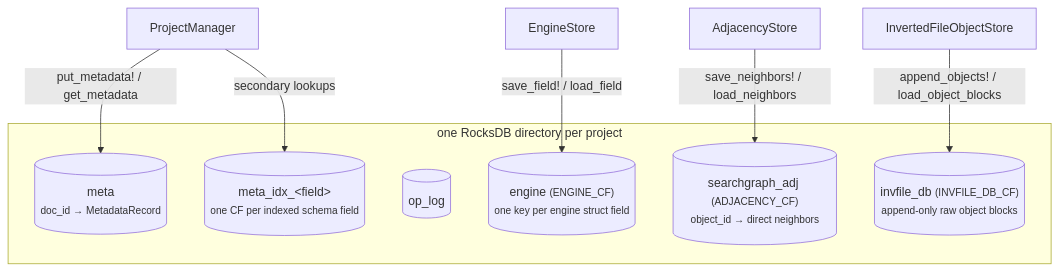
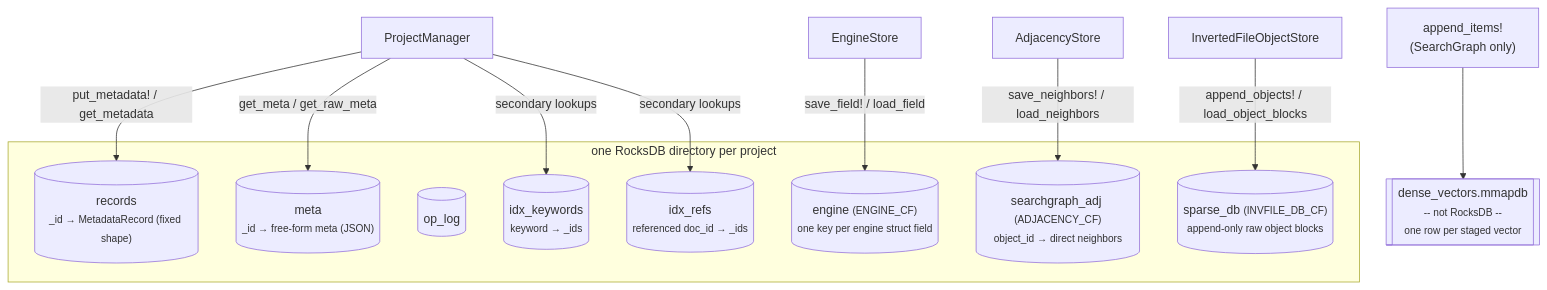
Before and after one commit to sadit/SimilaritySearchEngine.jl: the fifth of 8 diagrams in manual/architecture.qmd, drawn with Mermaid. The commit also changed other lines of this file and 12 other files, not shown here.

````diff
--- a/manual/architecture.qmd
+++ b/manual/architecture.qmd
@@ -193,17 +231,23 @@
 ```{mermaid}
 flowchart TB
     subgraph db["one RocksDB directory per project"]
-        meta[("meta<br/><small>doc_id → MetadataRecord</small>")]
-        secidx[("meta_idx_&lt;field&gt;<br/><small>one CF per indexed schema field</small>")]
+        records[("records<br/><small>_id → MetadataRecord (fixed shape)</small>")]
+        meta[("meta<br/><small>_id → free-form meta (JSON)</small>")]
         oplog[("op_log")]
+        idxkw[("idx_keywords<br/><small>keyword → _ids</small>")]
+        idxrefs[("idx_refs<br/><small>referenced doc_id → _ids</small>")]
         engine[("engine <small>(ENGINE_CF)</small><br/><small>one key per engine struct field</small>")]
         adj[("searchgraph_adj <small>(ADJACENCY_CF)</small><br/><small>object_id → direct neighbors</small>")]
-        invdb[("invfile_db <small>(INVFILE_DB_CF)</small><br/><small>append-only raw object blocks</small>")]
+        sparsedb[("sparse_db <small>(INVFILE_DB_CF)</small><br/><small>append-only raw object blocks</small>")]
     end
+    mmapfile[["dense_vectors.mmapdb<br/><small>-- not RocksDB --<br/>one row per staged vector</small>"]]
 
-    ProjectManager -- "put_metadata! / get_metadata" --> meta
-    ProjectManager -- "secondary lookups" --> secidx
+    ProjectManager -- "put_metadata! / get_metadata" --> records
+    ProjectManager -- "get_meta / get_raw_meta" --> meta
+    ProjectManager -- "secondary lookups" --> idxkw
+    ProjectManager -- "secondary lookups" --> idxrefs
     EngineStore -- "save_field! / load_field" --> engine
     AdjacencyStore -- "save_neighbors! / load_neighbors" --> adj
-    InvertedFileObjectStore -- "append_objects! / load_object_blocks" --> invdb
+    InvertedFileObjectStore -- "append_objects! / load_object_blocks" --> sparsedb
+    append_items_dense["append_items!<br/>(SearchGraph only)"] --> mmapfile
 ```
````
